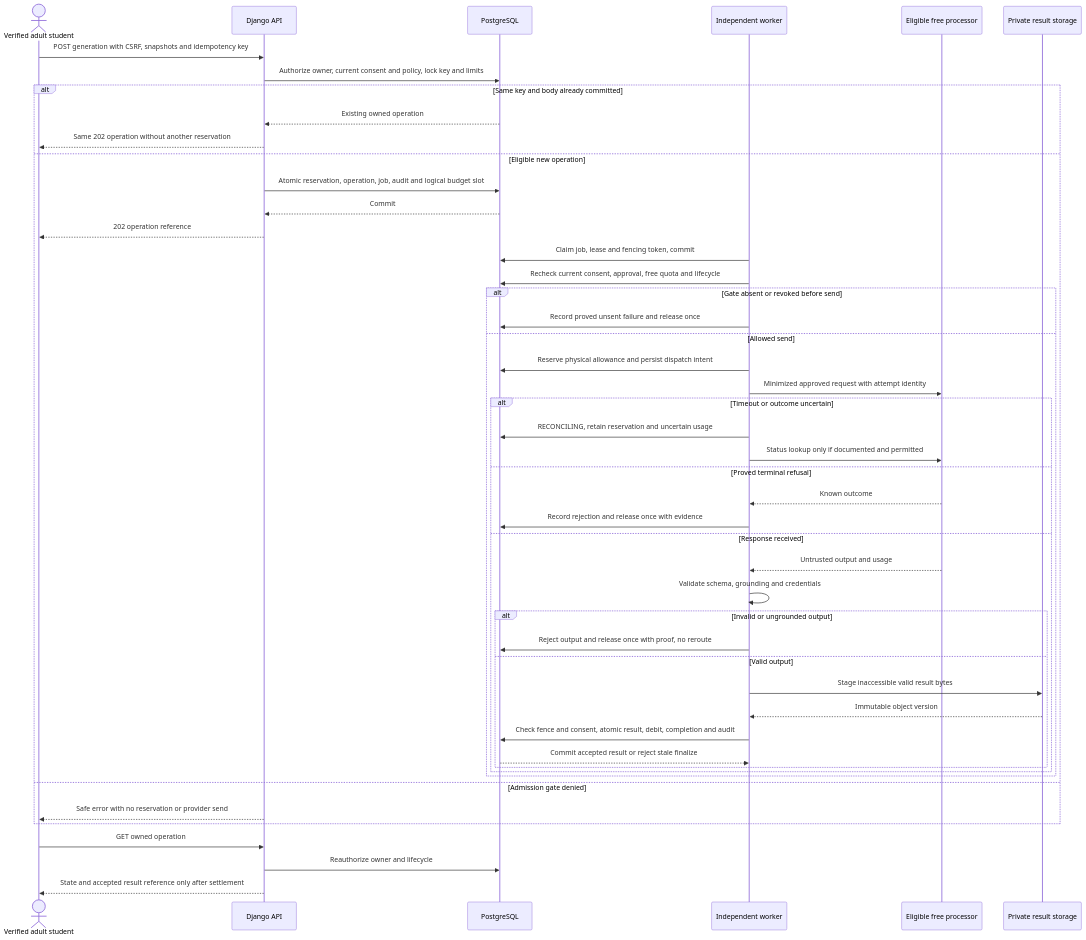
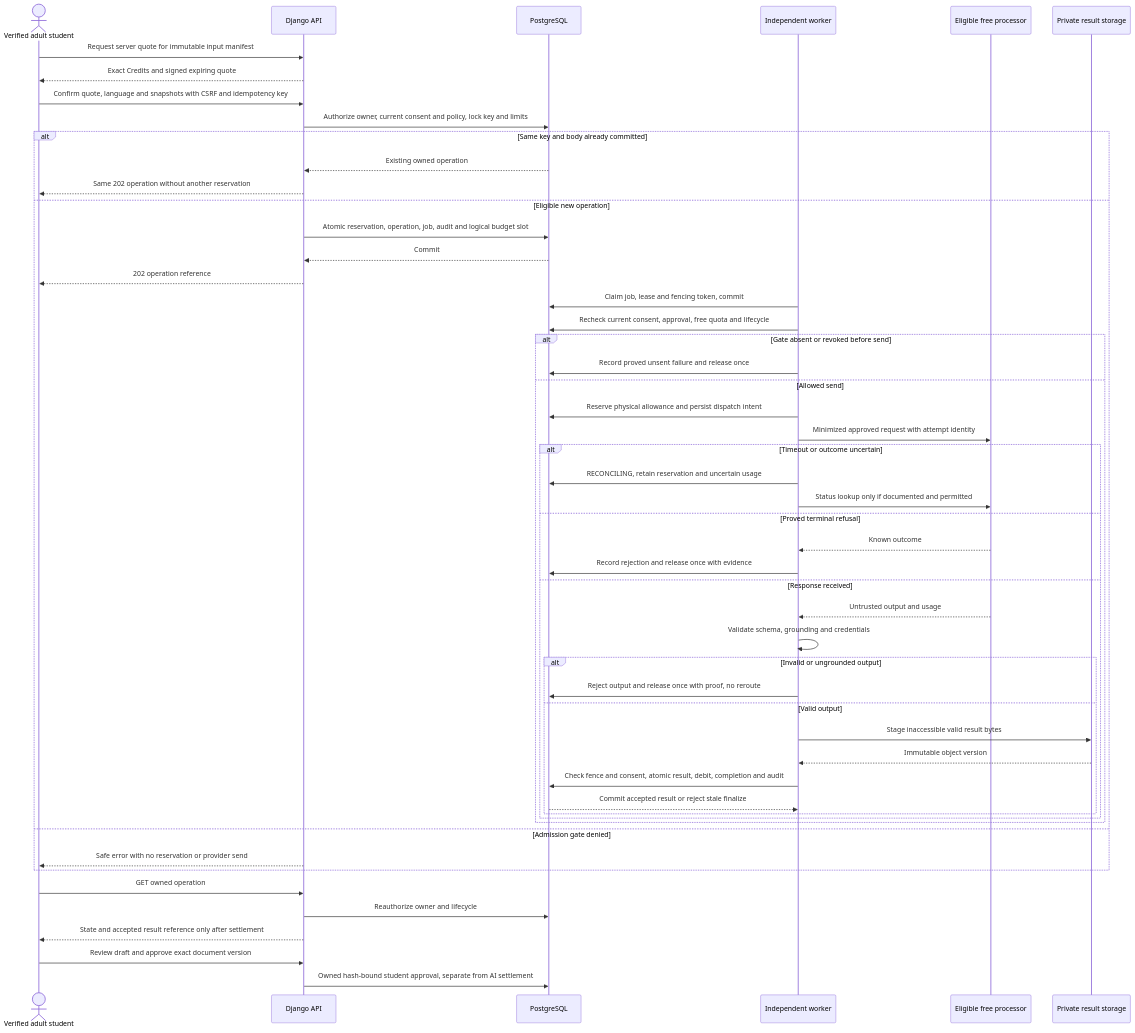
The diagram in docs/architecture/diagrams/credit-ai-generation.mmd (MahmoudAlmodalal/AiMINHA), drawn with Mermaid before and after one commit. The commit also changed 36 other files, not shown here.

```diff
--- a/docs/architecture/diagrams/credit-ai-generation.mmd
+++ b/docs/architecture/diagrams/credit-ai-generation.mmd
@@ -1,48 +1,52 @@
 sequenceDiagram
   actor student as Verified adult student
   participant api as Django API
   participant db as PostgreSQL
   participant worker as Independent worker
   participant provider as Eligible free processor
   participant storage as Private result storage
-  student->>api: POST generation with CSRF, snapshots and idempotency key
+  student->>api: Request server quote for immutable input manifest
+  api-->>student: Exact Credits and signed expiring quote
+  student->>api: Confirm quote, language and snapshots with CSRF and idempotency key
   api->>db: Authorize owner, current consent and policy, lock key and limits
   alt Same key and body already committed
     db-->>api: Existing owned operation
     api-->>student: Same 202 operation without another reservation
   else Eligible new operation
     api->>db: Atomic reservation, operation, job, audit and logical budget slot
     db-->>api: Commit
     api-->>student: 202 operation reference
     worker->>db: Claim job, lease and fencing token, commit
     worker->>db: Recheck current consent, approval, free quota and lifecycle
     alt Gate absent or revoked before send
       worker->>db: Record proved unsent failure and release once
     else Allowed send
       worker->>db: Reserve physical allowance and persist dispatch intent
       worker->>provider: Minimized approved request with attempt identity
       alt Timeout or outcome uncertain
         worker->>db: RECONCILING, retain reservation and uncertain usage
         worker->>provider: Status lookup only if documented and permitted
       else Proved terminal refusal
         provider-->>worker: Known outcome
         worker->>db: Record rejection and release once with evidence
       else Response received
         provider-->>worker: Untrusted output and usage
         worker->>worker: Validate schema, grounding and credentials
         alt Invalid or ungrounded output
           worker->>db: Reject output and release once with proof, no reroute
         else Valid output
           worker->>storage: Stage inaccessible valid result bytes
           storage-->>worker: Immutable object version
           worker->>db: Check fence and consent, atomic result, debit, completion and audit
           db-->>worker: Commit accepted result or reject stale finalize
         end
       end
     end
   else Admission gate denied
     api-->>student: Safe error with no reservation or provider send
   end
   student->>api: GET owned operation
   api->>db: Reauthorize owner and lifecycle
   api-->>student: State and accepted result reference only after settlement
+  student->>api: Review draft and approve exact document version
+  api->>db: Owned hash-bound student approval, separate from AI settlement
```
